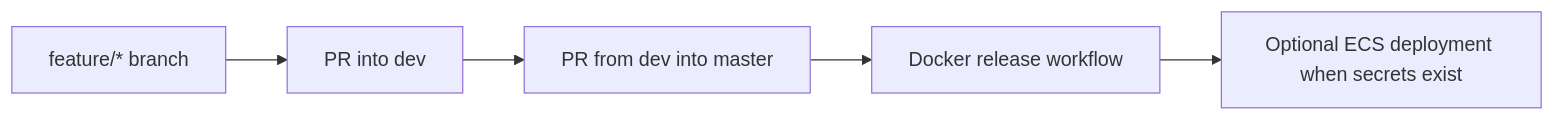
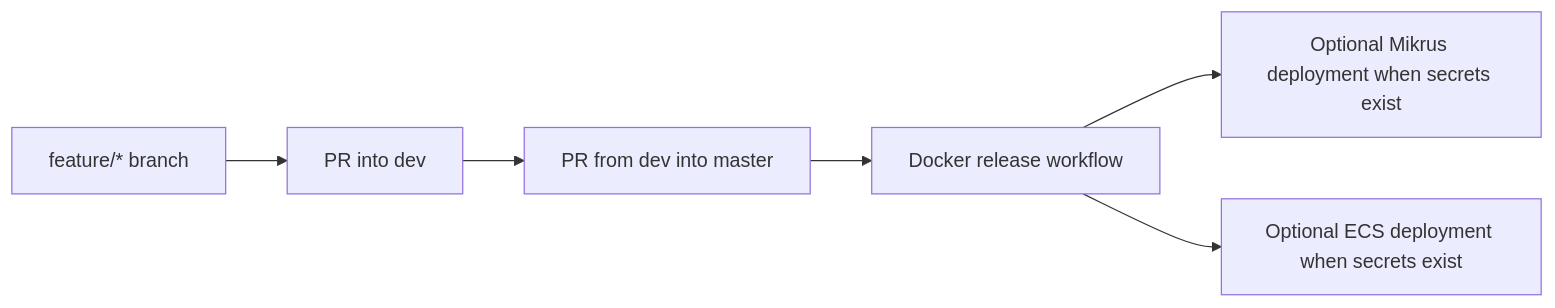
Before and after one commit to przemekp95/eisenhower: the second of 3 diagrams in INFRASTRUCTURE.md, drawn with Mermaid. The commit also changed other lines of this file and 10 other files, not shown here.

Commit message:
feat: add Mikrus deployment workflow and runtime web config

````diff
--- a/INFRASTRUCTURE.md
+++ b/INFRASTRUCTURE.md
@@ -171,7 +172,8 @@
 ```mermaid
 flowchart LR
     Feature["feature/* branch"] --> Dev["PR into dev"]
     Dev --> Master["PR from dev into master"]
     Master --> Release["Docker release workflow"]
-    Release --> Deploy["Optional ECS deployment when secrets exist"]
+    Release --> DeployMikrus["Optional Mikrus deployment when secrets exist"]
+    Release --> DeployEcs["Optional ECS deployment when secrets exist"]
 ```
````
